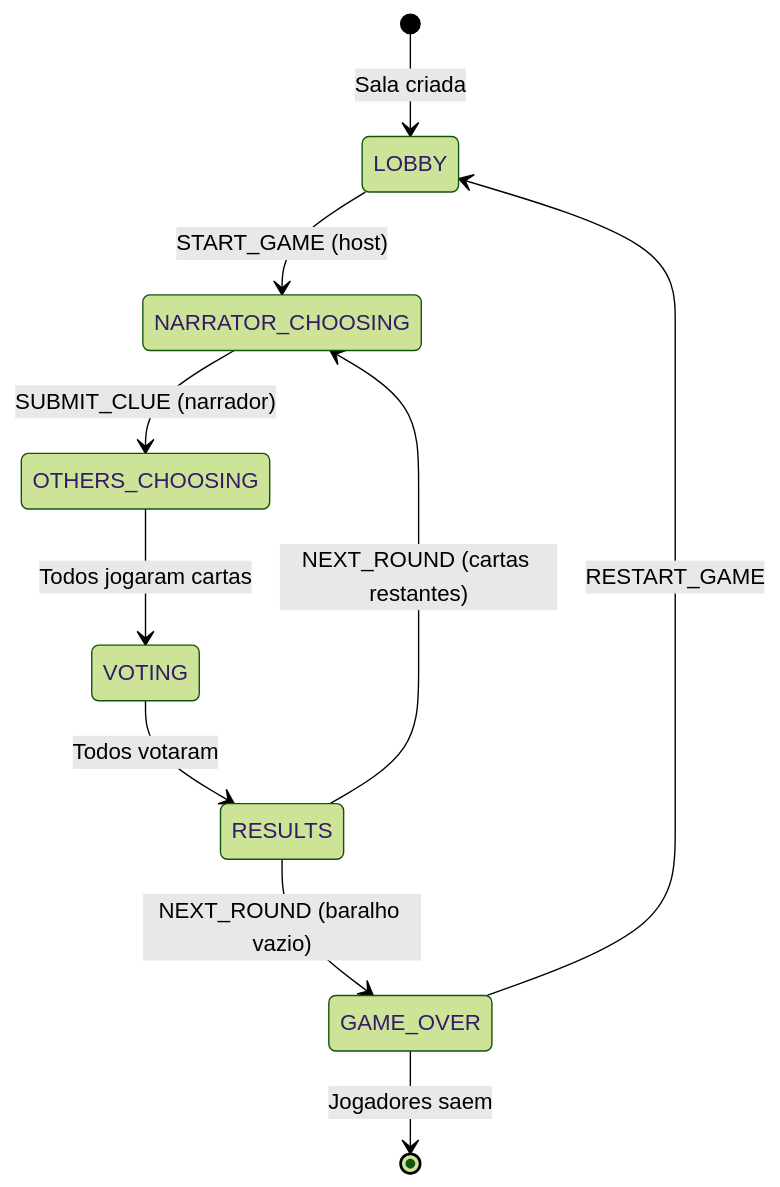
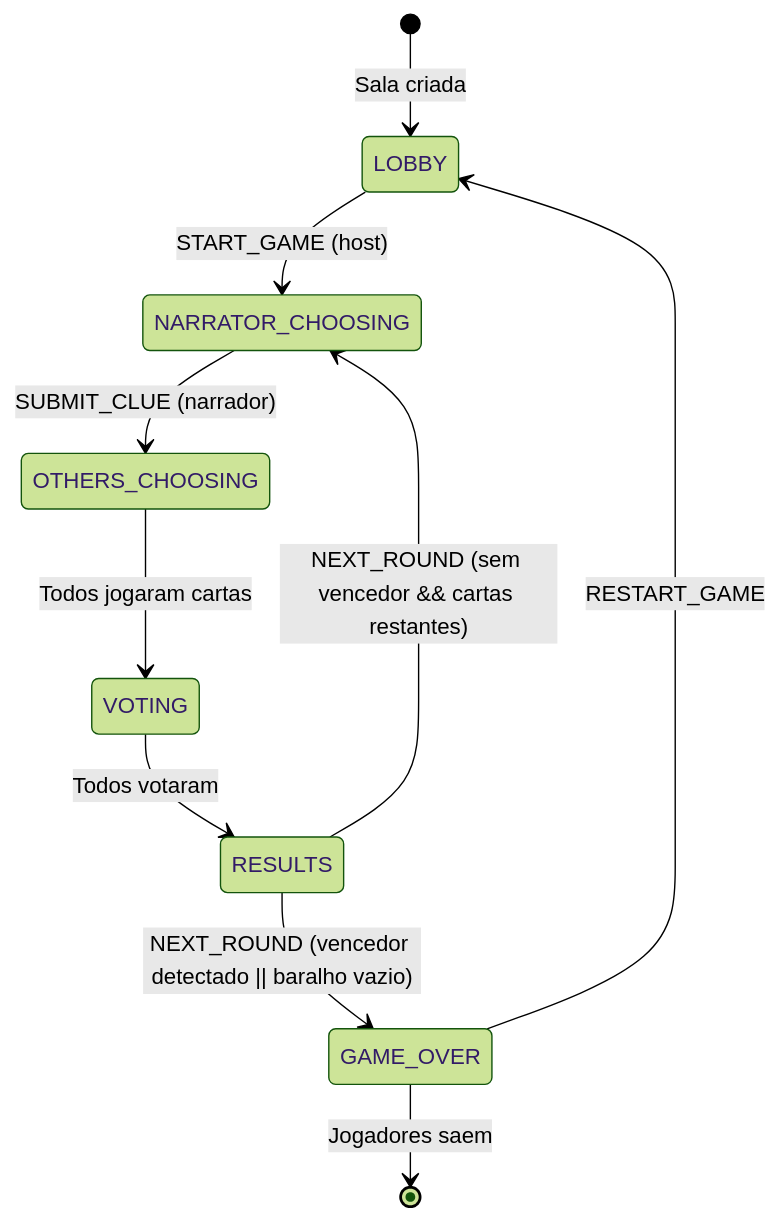
The diagram in docs/pt-br/STATE_MACHINE.md (lukzgs/clues), drawn with Mermaid (forest theme) before and after one commit. The commit also changed other lines of this file and 5 other files, not shown here.

Commit message:
docs: update documentation for recent features and flow changes

````diff
--- a/docs/pt-br/STATE_MACHINE.md
+++ b/docs/pt-br/STATE_MACHINE.md
@@ -11,18 +11,18 @@
 ```mermaid
 stateDiagram-v2
     [*] --> LOBBY: Sala criada
     
     LOBBY --> NARRATOR_CHOOSING: START_GAME (host)
     
     NARRATOR_CHOOSING --> OTHERS_CHOOSING: SUBMIT_CLUE (narrador)
     
     OTHERS_CHOOSING --> VOTING: Todos jogaram cartas
     
     VOTING --> RESULTS: Todos votaram
     
-    RESULTS --> NARRATOR_CHOOSING: NEXT_ROUND (cartas restantes)
-    RESULTS --> GAME_OVER: NEXT_ROUND (baralho vazio)
+    RESULTS --> NARRATOR_CHOOSING: NEXT_ROUND (sem vencedor && cartas restantes)
+    RESULTS --> GAME_OVER: NEXT_ROUND (vencedor detectado || baralho vazio)
     
     GAME_OVER --> LOBBY: RESTART_GAME
     GAME_OVER --> [*]: Jogadores saem
 ```
````
